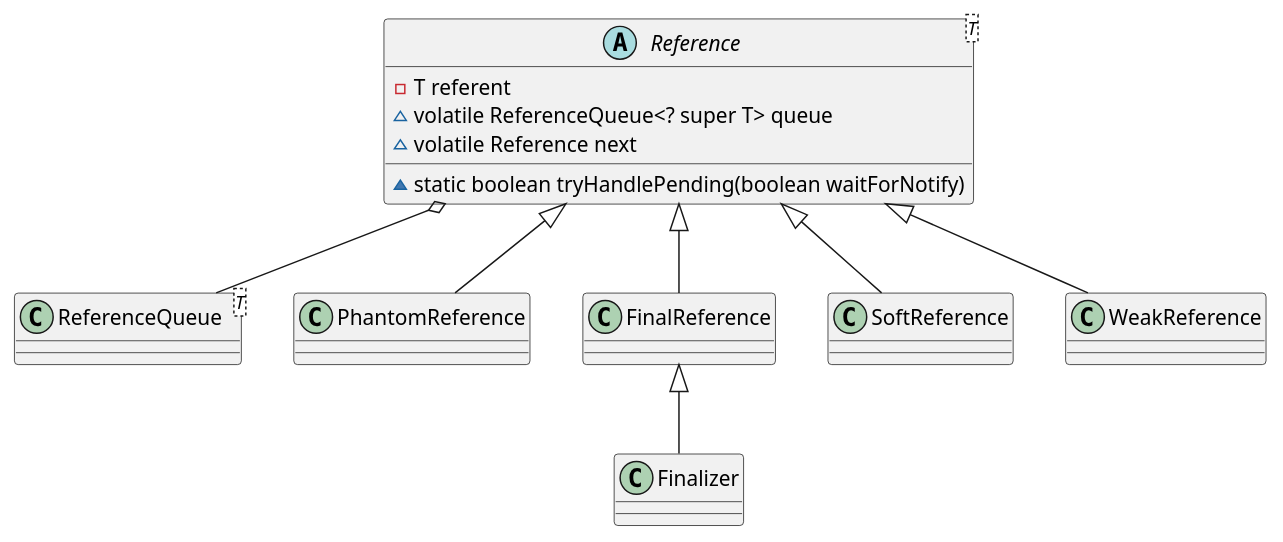
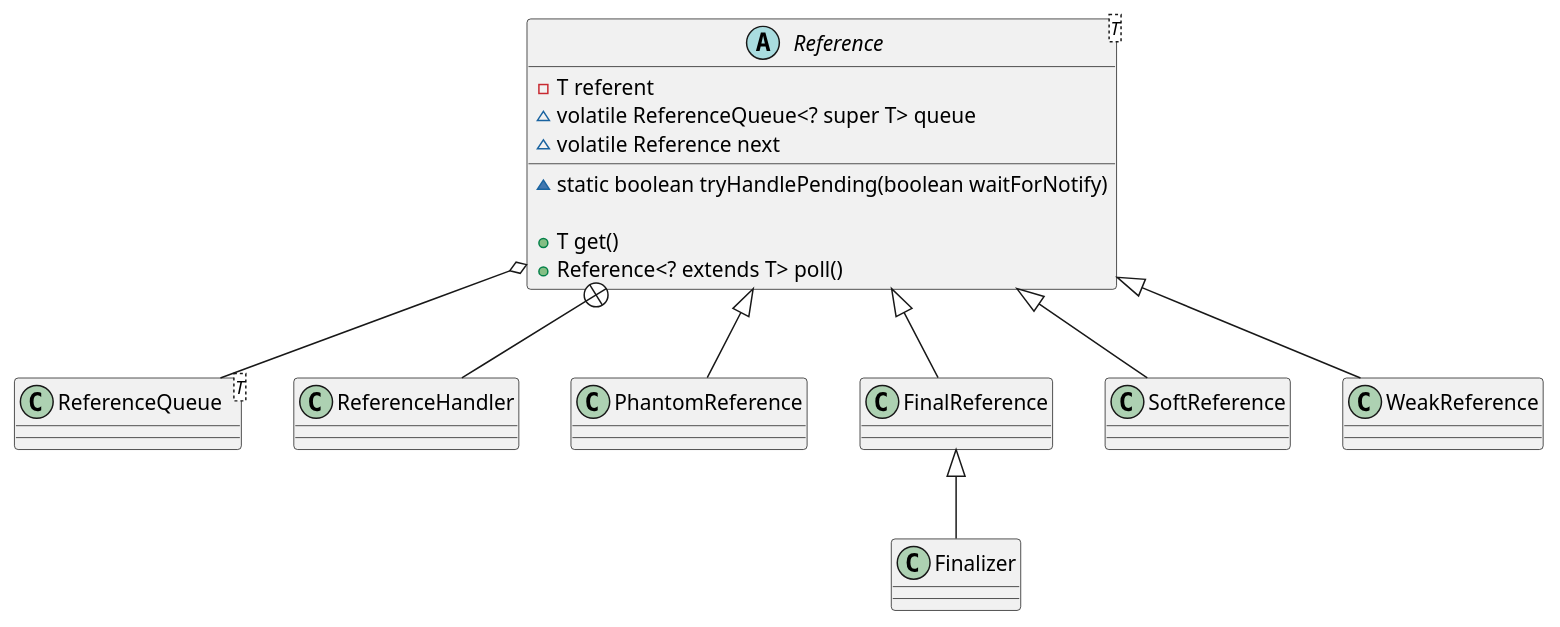
One commit to onlyonion/development changed the diagram in 10-java/src/rt.jar.src/java/lang/ref/Reference.md. Above: the diagram before and after it, drawn with PlantUML. The commit also changed other lines of this file and 21 other files, not shown here.

````diff
--- a/10-java/src/rt.jar.src/java/lang/ref/Reference.md
+++ b/10-java/src/rt.jar.src/java/lang/ref/Reference.md
@@ -14,31 +14,35 @@
 ```plantuml
 @startuml
 
 abstract class Reference<T> {
     - T referent
     ~ volatile ReferenceQueue<? super T> queue
     ~ volatile Reference next
     ~ static boolean tryHandlePending(boolean waitForNotify)
+    
+    + T get()
+    + Reference<? extends T> poll()
 }
 
 class ReferenceQueue<T> {
 
 }
 
 Reference o-- ReferenceQueue
+Reference +-- ReferenceHandler
 
 
 class PhantomReference
 class FinalReference
 class Finalizer
 class SoftReference
 class WeakReference
 
 Reference <|-- PhantomReference
 Reference <|-- FinalReference
 FinalReference <|-- Finalizer
 Reference <|-- SoftReference
 Reference <|-- WeakReference
 
 @enduml
 ```
````
